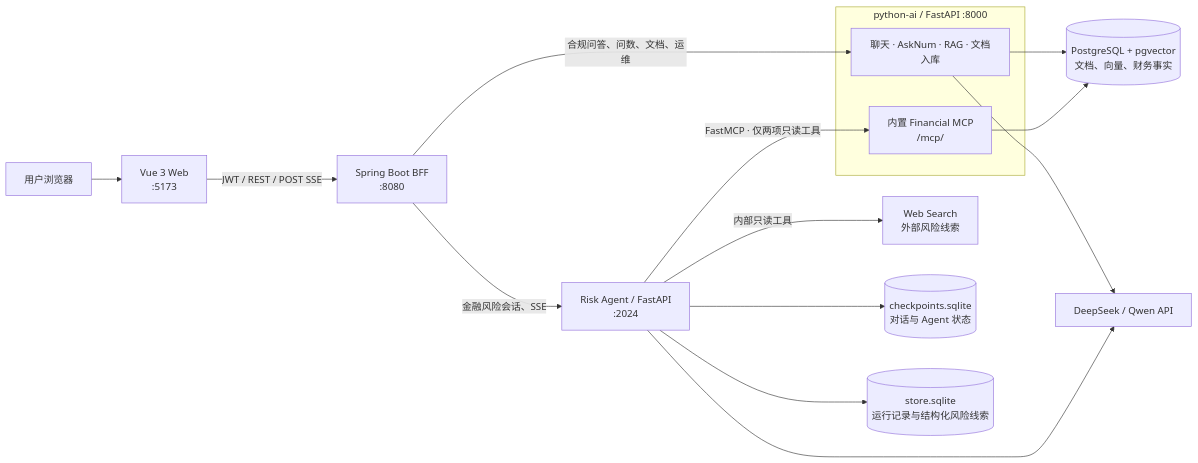
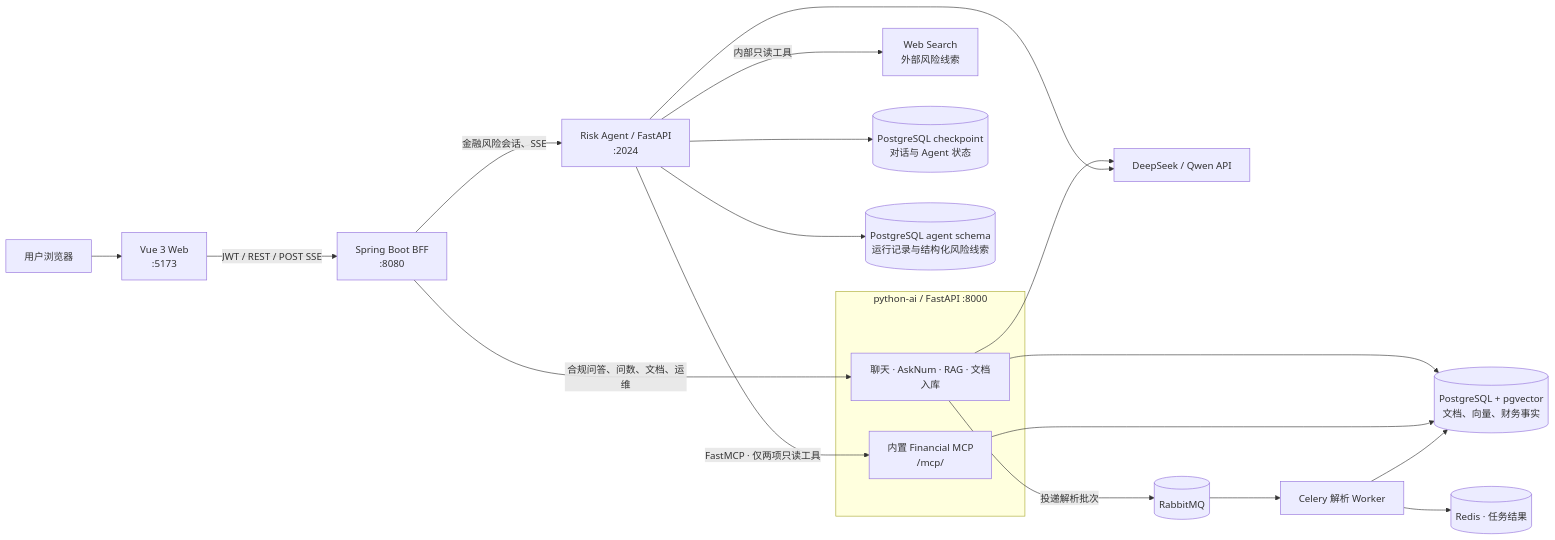
Before and after one commit to WWBQ/regops_copilot: the diagram in README.md, drawn with Mermaid. The commit also changed other lines of this file and 133 other files, not shown here.

````diff
--- a/README.md
+++ b/README.md
@@ -25,22 +33,26 @@
 ```mermaid
 flowchart LR
     U[用户浏览器] --> WEB[Vue 3 Web<br/>:5173]
     WEB -->|JWT / REST / POST SSE| JAVA[Spring Boot BFF<br/>:8080]
 
     subgraph PYAI[python-ai / FastAPI :8000]
         PY[聊天 · AskNum · RAG · 文档入库]
         MCP[内置 Financial MCP<br/>/mcp/]
     end
 
     JAVA -->|合规问答、问数、文档、运维| PY
     JAVA -->|金融风险会话、SSE| AGENT[Risk Agent / FastAPI<br/>:2024]
     AGENT -->|FastMCP · 仅两项只读工具| MCP
     AGENT -->|内部只读工具| SEARCH[Web Search<br/>外部风险线索]
 
     PY --> PG[(PostgreSQL + pgvector<br/>文档、向量、财务事实)]
     MCP --> PG
-    AGENT --> CP[(checkpoints.sqlite<br/>对话与 Agent 状态)]
-    AGENT --> BS[(store.sqlite<br/>运行记录与结构化风险线索)]
+    AGENT --> CP[(PostgreSQL checkpoint<br/>对话与 Agent 状态)]
+    AGENT --> BS[(PostgreSQL agent schema<br/>运行记录与结构化风险线索)]
     PY --> LLM[DeepSeek / Qwen API]
     AGENT --> LLM
+    PY -->|投递解析批次| MQ[(RabbitMQ)]
+    MQ --> WORKER[Celery 解析 Worker]
+    WORKER --> PG
+    WORKER --> REDIS[(Redis · 任务结果)]
 ```
````
